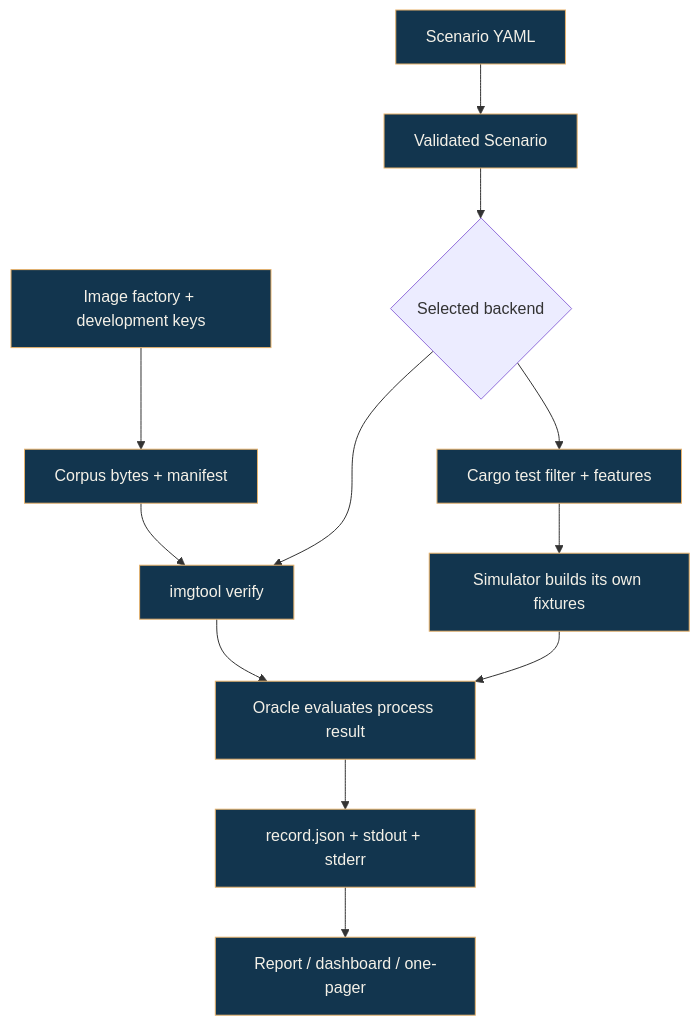
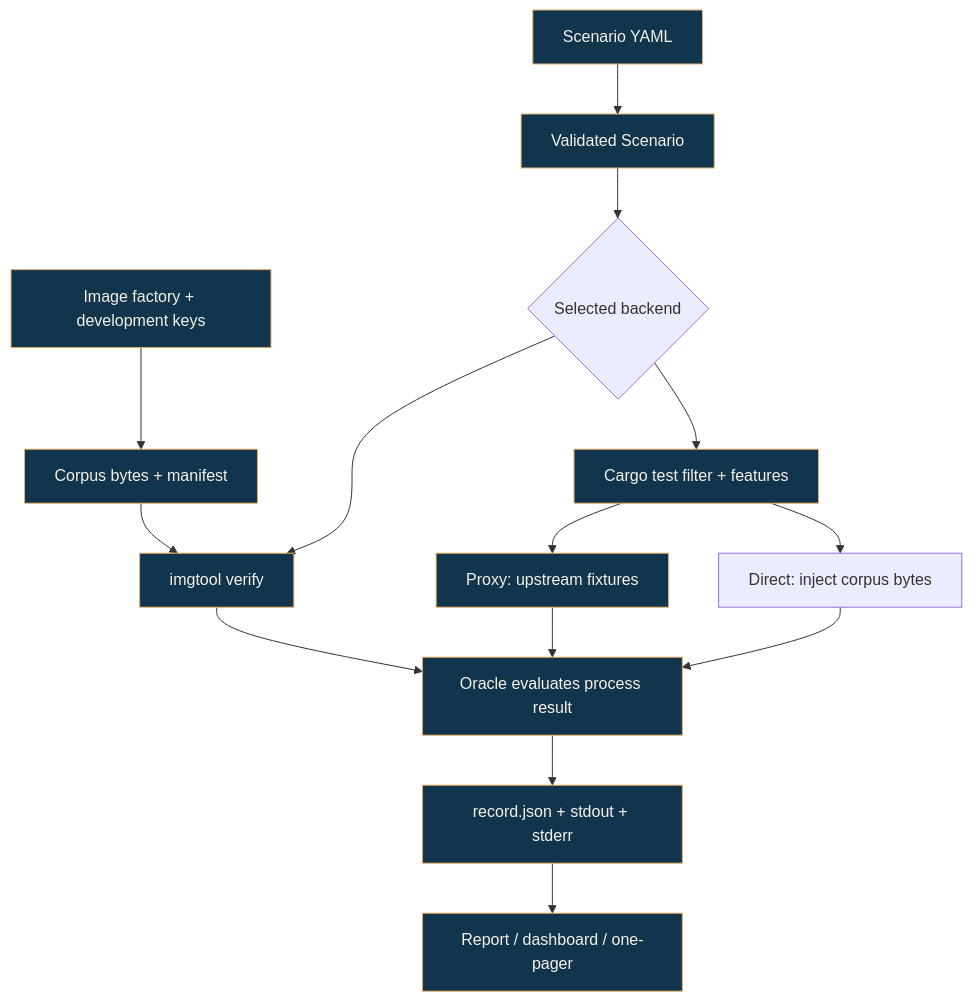
Before and after one commit to v1rtu3x/BootLab: the diagram in docs/ARCHITECTURE.md, drawn with Mermaid. The commit also changed other lines of this file and 25 other files, not shown here.

````diff
--- a/docs/ARCHITECTURE.md
+++ b/docs/ARCHITECTURE.md
@@ -9,16 +9,18 @@
 ```mermaid
 flowchart TB
     Y["Scenario YAML"] --> S["Validated Scenario"]
     S --> B{"Selected backend"}
     C["Image factory + development keys"] --> I["Corpus bytes + manifest"]
     I --> V["imgtool verify"]
     B --> V
     B --> T["Cargo test filter + features"]
-    T --> F["Simulator builds its own fixtures"]
+    T --> F["Proxy: upstream fixtures"]
+    T --> D["Direct: inject corpus bytes"]
     V --> O["Oracle evaluates process result"]
     F --> O
+    D --> O
     O --> E["record.json + stdout + stderr"]
     E --> R["Report / dashboard / one-pager"]
     classDef step fill:#12354e,color:#f4f1e8,stroke:#e7b26b;
     class Y,S,C,I,V,T,F,O,E,R step;
 ```
````
